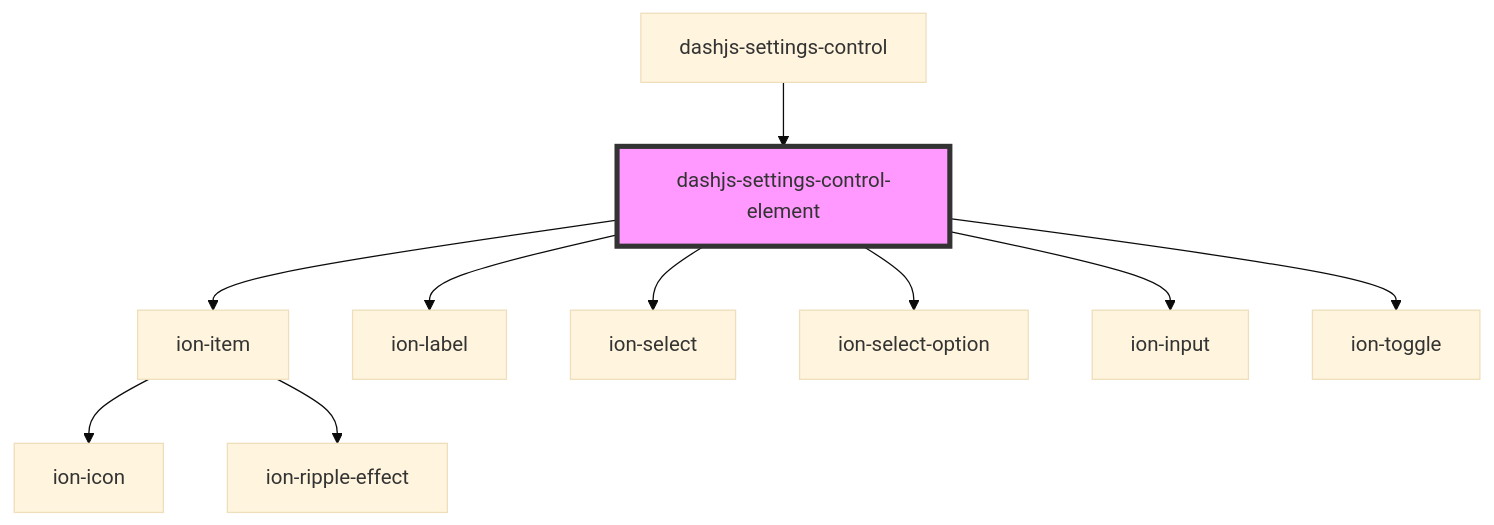
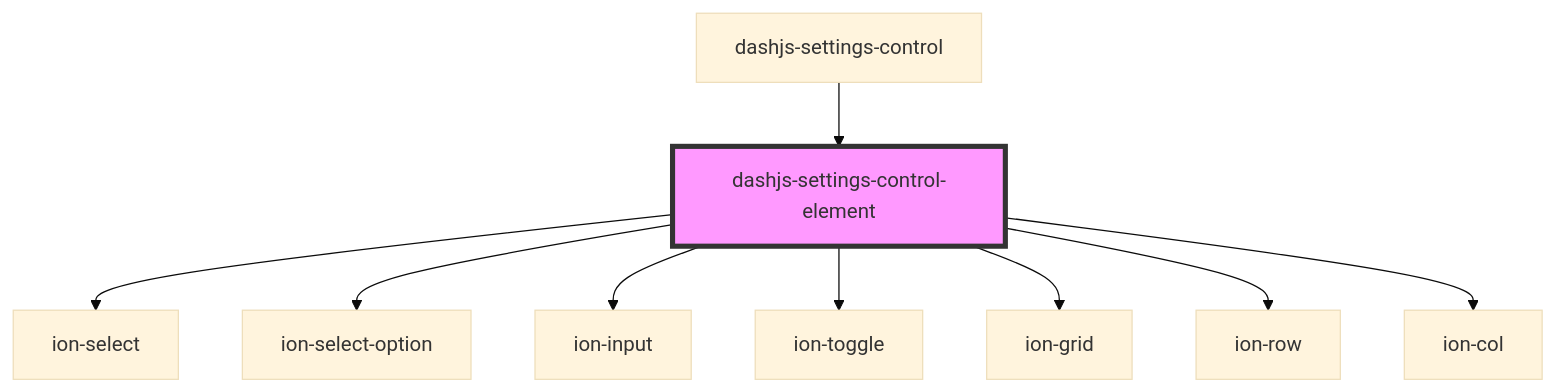
One commit to AWTPJ2021/dash-reference-ui changed the diagram in src/components/dashjs-settings-control-element/readme.md. Above: the diagram before and after it, drawn with Mermaid (base theme). The commit also changed other lines of this file and 46 other files, not shown here.

````diff
--- a/src/components/dashjs-settings-control-element/readme.md
+++ b/src/components/dashjs-settings-control-element/readme.md
@@ -41,13 +43,12 @@
 ```mermaid
 graph TD;
-  dashjs-settings-control-element --> ion-item
-  dashjs-settings-control-element --> ion-label
   dashjs-settings-control-element --> ion-select
   dashjs-settings-control-element --> ion-select-option
   dashjs-settings-control-element --> ion-input
   dashjs-settings-control-element --> ion-toggle
-  ion-item --> ion-icon
-  ion-item --> ion-ripple-effect
+  dashjs-settings-control-element --> ion-grid
+  dashjs-settings-control-element --> ion-row
+  dashjs-settings-control-element --> ion-col
   dashjs-settings-control --> dashjs-settings-control-element
   style dashjs-settings-control-element fill:#f9f,stroke:#333,stroke-width:4px
 ```
````
